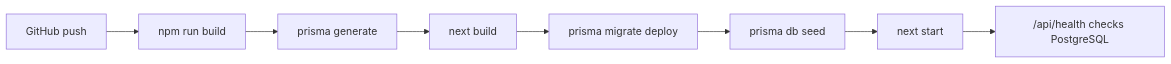
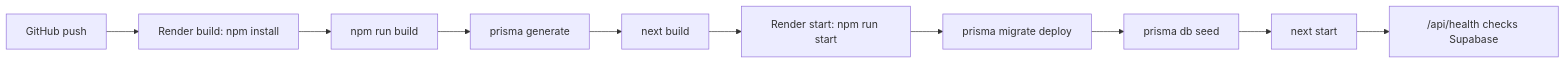
Before and after one commit to salonyranjan/BhajiWala: the second of 2 diagrams in README.md, drawn with Mermaid. The commit also changed other lines of this file, not shown here.

````diff
--- a/README.md
+++ b/README.md
@@ -223,10 +295,12 @@
 ```mermaid
 flowchart LR
-  A["GitHub push"] --> B["npm run build"]
-  B --> C["prisma generate"]
-  C --> D["next build"]
-  D --> E["prisma migrate deploy"]
-  E --> F["prisma db seed"]
-  F --> G["next start"]
-  G --> H["/api/health checks PostgreSQL"]
+  A["GitHub push"] --> B["Render build: npm install"]
+  B --> C["npm run build"]
+  C --> D["prisma generate"]
+  D --> E["next build"]
+  E --> F["Render start: npm run start"]
+  F --> G["prisma migrate deploy"]
+  G --> H["prisma db seed"]
+  H --> I["next start"]
+  I --> J["/api/health checks Supabase"]
 ```
````
